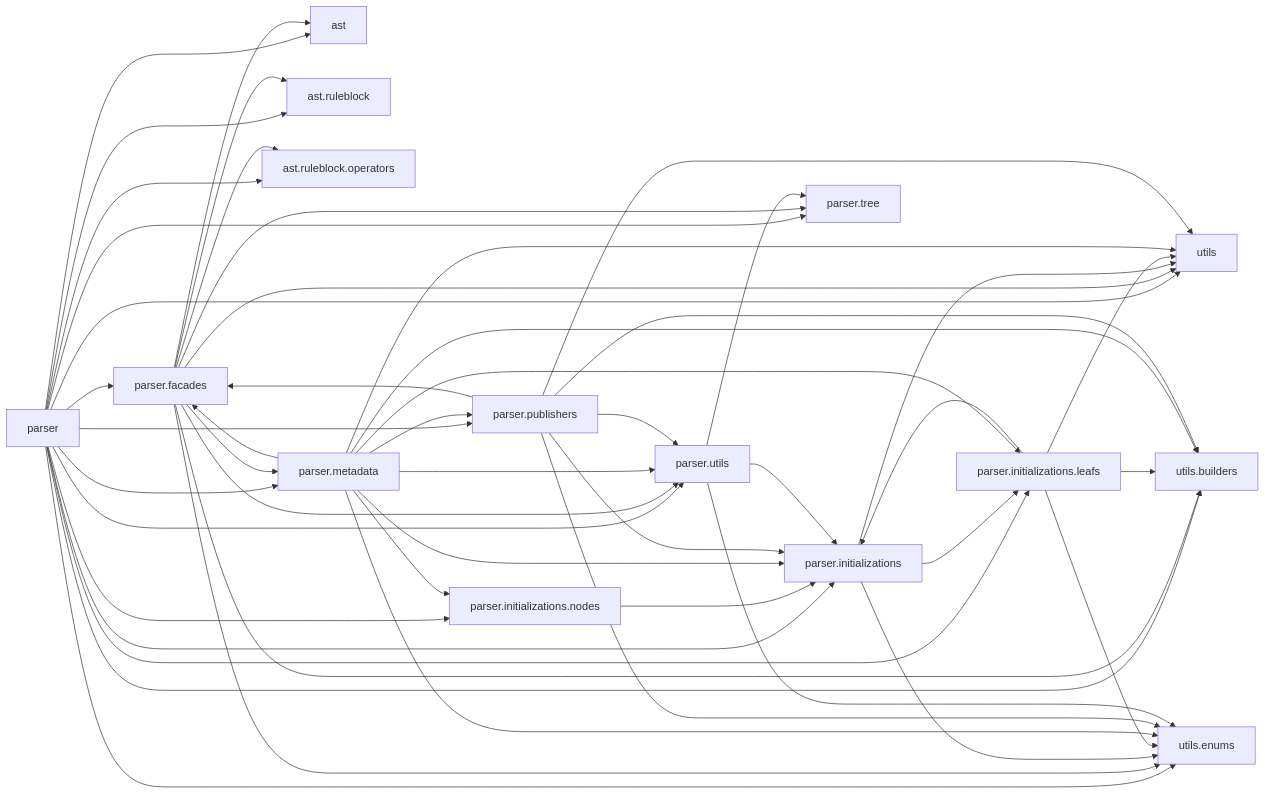
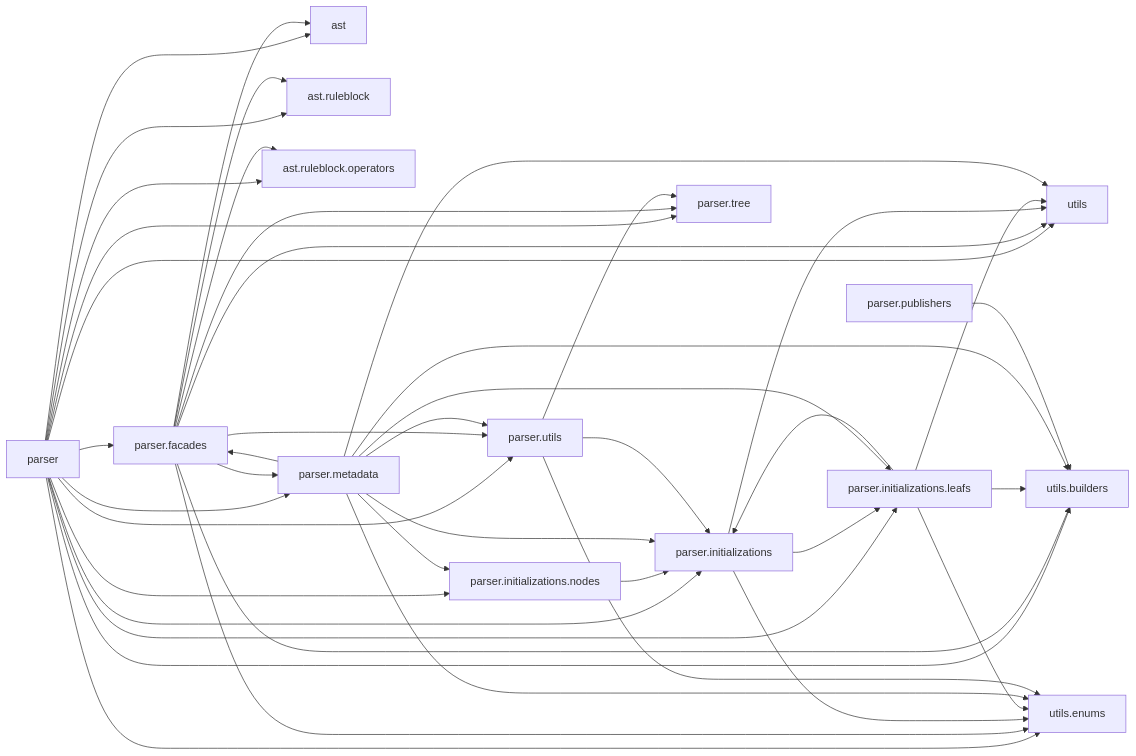
Before and after one commit to PascalUser/FLC-IEC61131-7: the diagram in doc/diagrams/parser_package_flowchart.mmd, drawn with Mermaid. The commit also changed 93 other files, not shown here.

```diff
--- a/doc/diagrams/parser_package_flowchart.mmd
+++ b/doc/diagrams/parser_package_flowchart.mmd
@@ -1,65 +1,58 @@
 flowchart LR
     ast["ast"]
     ast_ruleblock["ast.ruleblock"]
     ast_ruleblock_operators["ast.ruleblock.operators"]
     parser["parser"]
     parser_facades["parser.facades"]
     parser_initializations["parser.initializations"]
     parser_initializations_leafs["parser.initializations.leafs"]
     parser_initializations_nodes["parser.initializations.nodes"]
     parser_metadata["parser.metadata"]
     parser_publishers["parser.publishers"]
     parser_tree["parser.tree"]
     parser_utils["parser.utils"]
     utils["utils"]
     utils_builders["utils.builders"]
     utils_enums["utils.enums"]
     parser --> ast
     parser --> ast_ruleblock
     parser --> ast_ruleblock_operators
     parser --> parser_facades
     parser --> parser_initializations
     parser --> parser_initializations_leafs
     parser --> parser_initializations_nodes
     parser --> parser_metadata
-    parser --> parser_publishers
     parser --> parser_tree
     parser --> parser_utils
     parser --> utils
     parser --> utils_builders
     parser --> utils_enums
     parser_facades --> ast
     parser_facades --> ast_ruleblock
     parser_facades --> ast_ruleblock_operators
     parser_facades --> parser_metadata
     parser_facades --> parser_tree
     parser_facades --> parser_utils
     parser_facades --> utils
     parser_facades --> utils_builders
     parser_facades --> utils_enums
     parser_initializations --> parser_initializations_leafs
     parser_initializations --> utils
     parser_initializations --> utils_enums
     parser_initializations_leafs --> parser_initializations
     parser_initializations_leafs --> utils
     parser_initializations_leafs --> utils_builders
     parser_initializations_leafs --> utils_enums
     parser_initializations_nodes --> parser_initializations
     parser_metadata --> parser_facades
     parser_metadata --> parser_initializations
     parser_metadata --> parser_initializations_leafs
     parser_metadata --> parser_initializations_nodes
-    parser_metadata --> parser_publishers
     parser_metadata --> parser_utils
     parser_metadata --> utils
     parser_metadata --> utils_builders
     parser_metadata --> utils_enums
-    parser_publishers --> parser_facades
-    parser_publishers --> parser_initializations
-    parser_publishers --> parser_utils
-    parser_publishers --> utils
     parser_publishers --> utils_builders
-    parser_publishers --> utils_enums
     parser_utils --> parser_initializations
     parser_utils --> parser_tree
     parser_utils --> utils_enums
```
